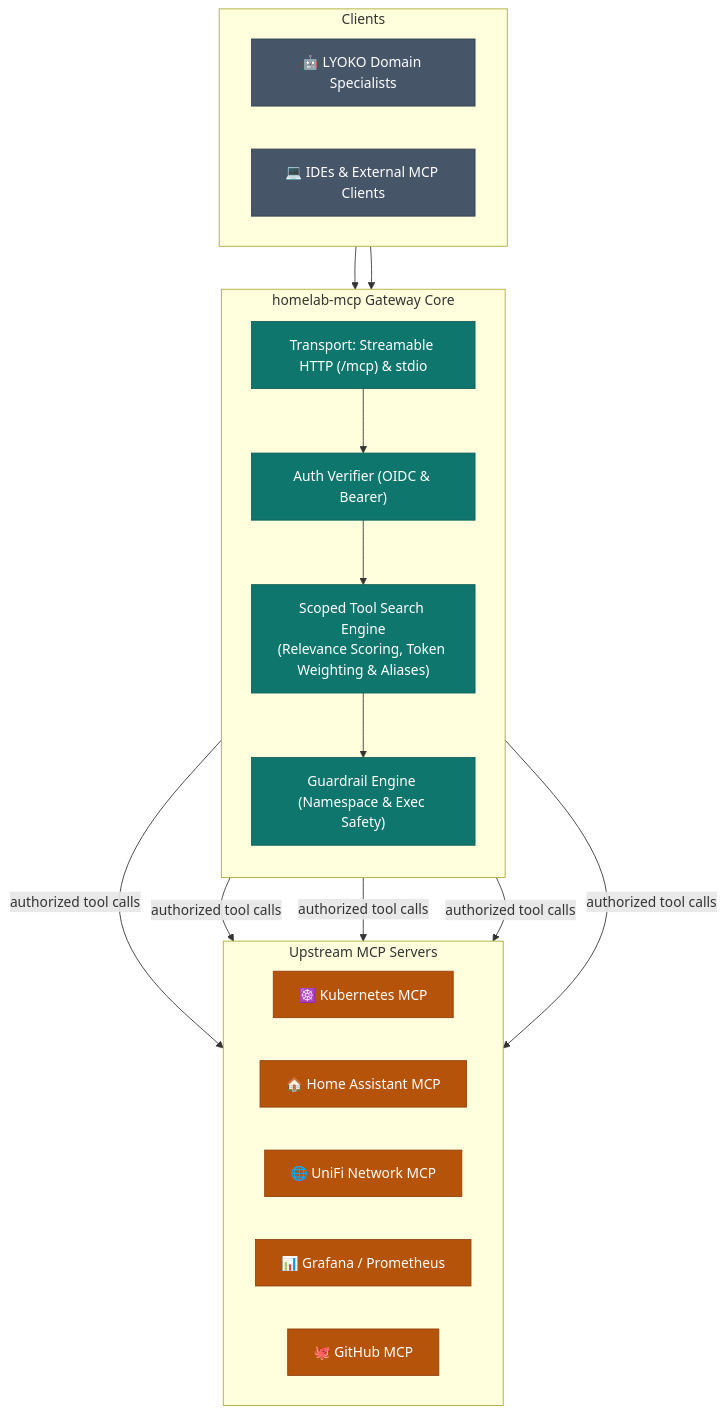
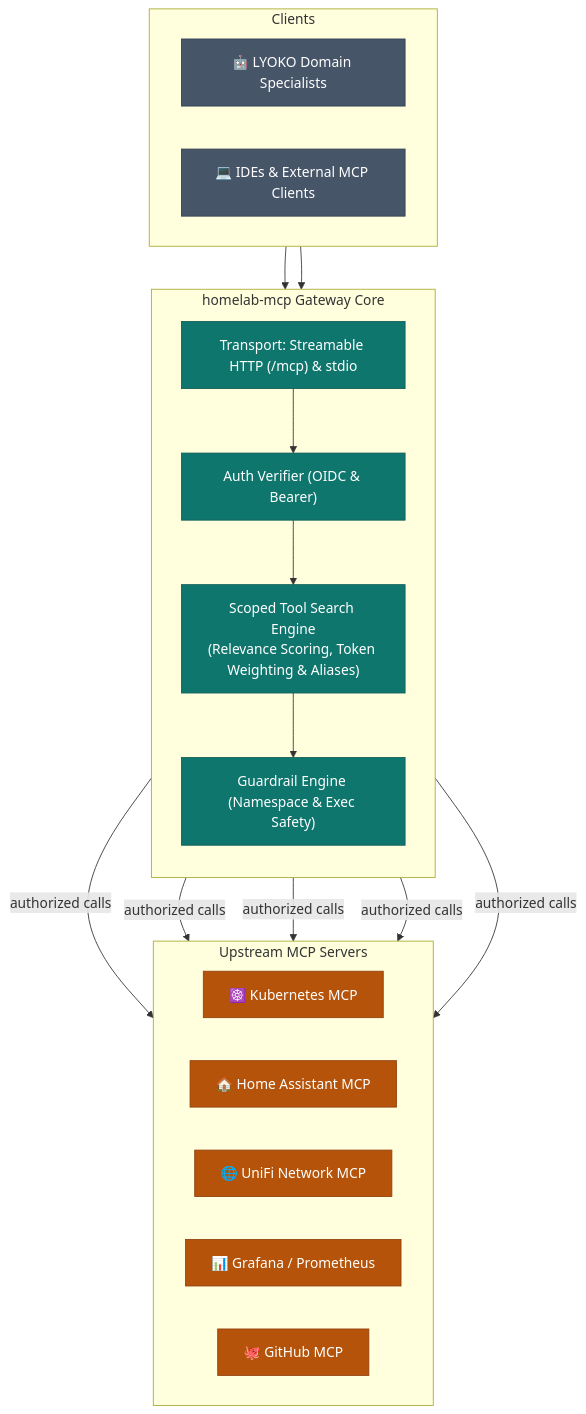
Before and after one commit to csp33/homelab-ai-ops: the first of 2 diagrams in packages/mcps/homelab-mcp/README.md, drawn with Mermaid. The commit also changed 2 other files, not shown here.

Commit message:
docs: fix Mermaid syntax for GitHub renderer in READMEs

````diff
--- a/packages/mcps/homelab-mcp/README.md
+++ b/packages/mcps/homelab-mcp/README.md
@@ -11,42 +11,46 @@
 ```mermaid
 flowchart TD
     %% Inbound Clients
     subgraph Inbound ["Clients"]
         direction LR
         C1["🤖 LYOKO Domain Specialists"]
         C2["💻 IDEs & External MCP Clients"]
     end
 
     %% Gateway Core
     subgraph GW ["homelab-mcp Gateway Core"]
         direction TB
         T["Transport: Streamable HTTP (/mcp) & stdio"]
         AUTH["Auth Verifier (OIDC & Bearer)"]
         SEARCH["Scoped Tool Search Engine<br/>(Relevance Scoring, Token Weighting & Aliases)"]
         GUARD["Guardrail Engine (Namespace & Exec Safety)"]
         
         T --> AUTH --> SEARCH --> GUARD
     end
 
     %% Upstreams
     subgraph UP ["Upstream MCP Servers"]
         direction LR
         K8S["☸️ Kubernetes MCP"]
         HA["🏠 Home Assistant MCP"]
         UNIFI["🌐 UniFi Network MCP"]
         GRAF["📊 Grafana / Prometheus"]
         GH["🐙 GitHub MCP"]
     end
 
     C1 --> T
     C2 --> T
-    GUARD -->|authorized tool calls| K8S & HA & UNIFI & GRAF & GH
+    GUARD -->|"authorized calls"| K8S
+    GUARD -->|"authorized calls"| HA
+    GUARD -->|"authorized calls"| UNIFI
+    GUARD -->|"authorized calls"| GRAF
+    GUARD -->|"authorized calls"| GH
 
     classDef client fill:#475569,stroke:#334155,color:#fff;
     classDef gateway fill:#0f766e,stroke:#115e59,color:#fff;
     classDef upstream fill:#b45309,stroke:#92400e,color:#fff;
 
     class C1,C2 client;
     class T,AUTH,SEARCH,GUARD gateway;
     class K8S,HA,UNIFI,GRAF,GH upstream;
 ```
````
